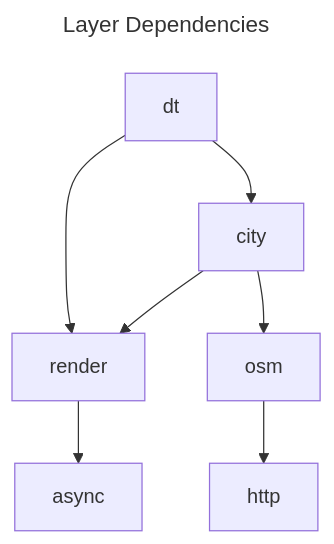
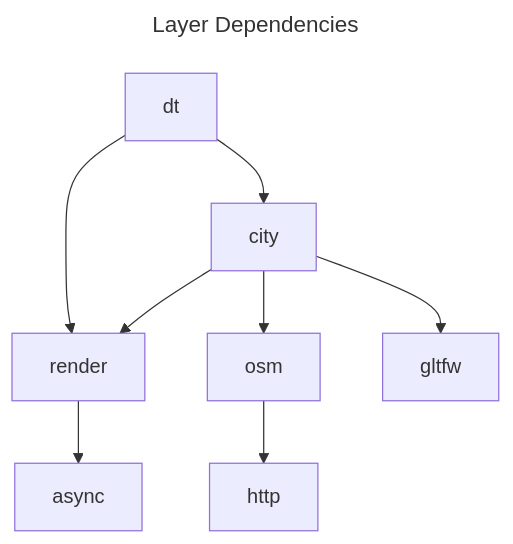
Before and after one commit to MartinJespersen/DTCity: the diagram in docs/Design.md, drawn with Mermaid. The commit also changed other lines of this file and 4 other files, not shown here.

````diff
--- a/docs/Design.md
+++ b/docs/Design.md
@@ -3,12 +3,13 @@
 ```mermaid
 ---
 title: Layer Dependencies
 ---
 graph TD 
     dt --> render
     dt --> city 
     render --> async
     city --> render
     city --> osm
     osm --> http
+    city --> gltfw
 ```
````
